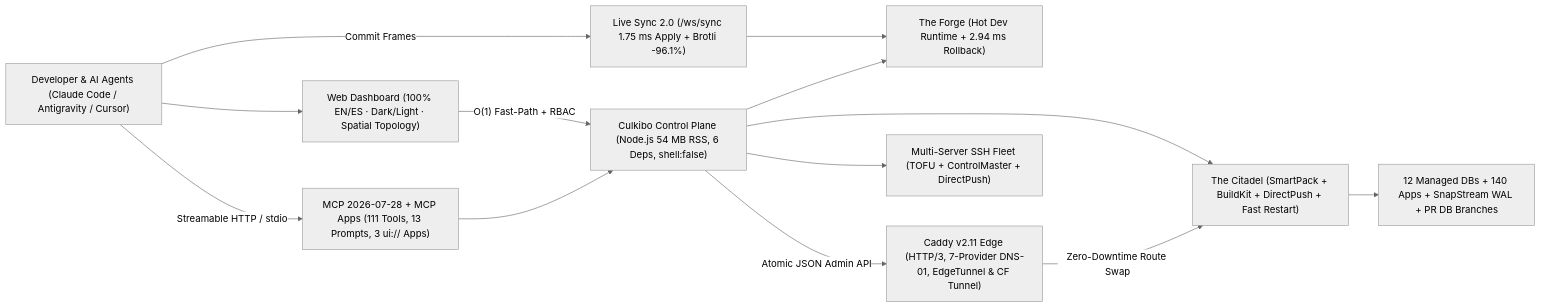
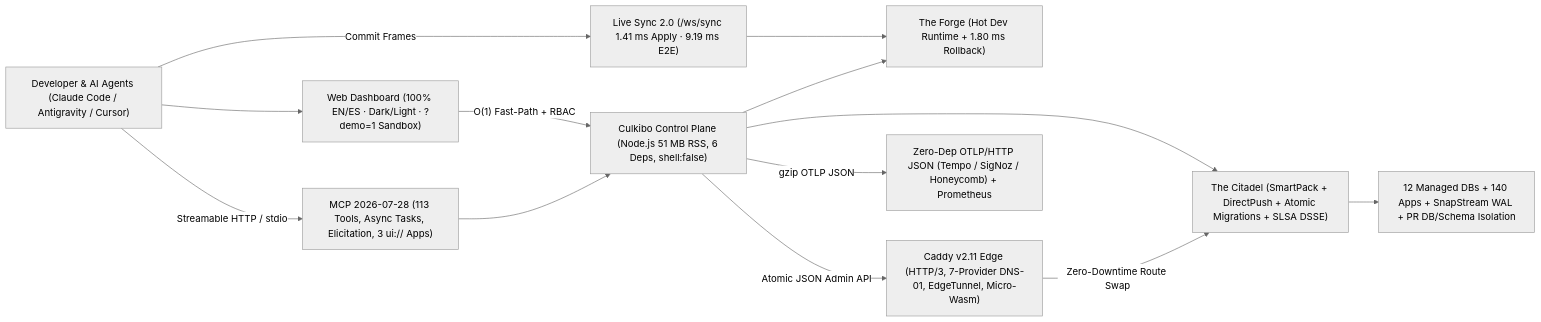
One commit to macaqueboy/culkibo changed the diagram in README.md. Above: the diagram before and after it, drawn with Mermaid (neutral theme). The commit also changed other lines of this file and 33 other files, not shown here.

Commit message:
feat(cycle-4): OTLP/HTTP hex exporter, SLSA v1.1 Ed25519 DSSE, MCP 2026 Tasks+Elicitation (113 tools), Atomic DB Migrations, <1ms Micro-Wasm, 6 Wave-3 CVE guards & ?demo=1 Browser Sandbox (98.7% Launch Ready)

````diff
--- a/README.md
+++ b/README.md
@@ -170,26 +177,26 @@
 ```mermaid
 flowchart LR
     Dev["Developer & AI Agents (Claude Code / Antigravity / Cursor)"]
-    UI["Web Dashboard (100% EN/ES · Dark/Light · Spatial Topology)"]
-    MCP["MCP 2026-07-28 + MCP Apps (111 Tools, 13 Prompts, 3 ui:// Apps)"]
-    Sync["Live Sync 2.0 (/ws/sync 1.75 ms Apply + Brotli -96.1%)"]
-    CP["Culkibo Control Plane (Node.js 54 MB RSS, 6 Deps, shell:false)"]
-    Forge["The Forge (Hot Dev Runtime + 2.94 ms Rollback)"]
-    Citadel["The Citadel (SmartPack + BuildKit + DirectPush + Fast Restart)"]
-    Caddy["Caddy v2.11 Edge (HTTP/3, 7-Provider DNS-01, EdgeTunnel & CF Tunnel)"]
-    Data["12 Managed DBs + 140 Apps + SnapStream WAL + PR DB Branches"]
-    Fleet["Multi-Server SSH Fleet (TOFU + ControlMaster + DirectPush)"]
+    UI["Web Dashboard (100% EN/ES · Dark/Light · ?demo=1 Sandbox)"]
+    MCP["MCP 2026-07-28 (113 Tools, Async Tasks, Elicitation, 3 ui:// Apps)"]
+    Sync["Live Sync 2.0 (/ws/sync 1.41 ms Apply · 9.19 ms E2E)"]
+    CP["Culkibo Control Plane (Node.js 51 MB RSS, 6 Deps, shell:false)"]
+    Forge["The Forge (Hot Dev Runtime + 1.80 ms Rollback)"]
+    Citadel["The Citadel (SmartPack + DirectPush + Atomic Migrations + SLSA DSSE)"]
+    Caddy["Caddy v2.11 Edge (HTTP/3, 7-Provider DNS-01, EdgeTunnel, Micro-Wasm)"]
+    Obs["Zero-Dep OTLP/HTTP JSON (Tempo / SigNoz / Honeycomb) + Prometheus"]
+    Data["12 Managed DBs + 140 Apps + SnapStream WAL + PR DB/Schema Isolation"]
 
     Dev -->|"Streamable HTTP / stdio"| MCP
     Dev -->|"Commit Frames"| Sync
     Dev --> UI
     UI -->|"O(1) Fast-Path + RBAC"| CP
     MCP --> CP
     Sync --> Forge
     CP --> Forge
     CP --> Citadel
     CP -->|"Atomic JSON Admin API"| Caddy
+    CP -->|"gzip OTLP JSON"| Obs
     Citadel --> Data
-    CP --> Fleet
     Caddy -->|"Zero-Downtime Route Swap"| Citadel
 ```
````
